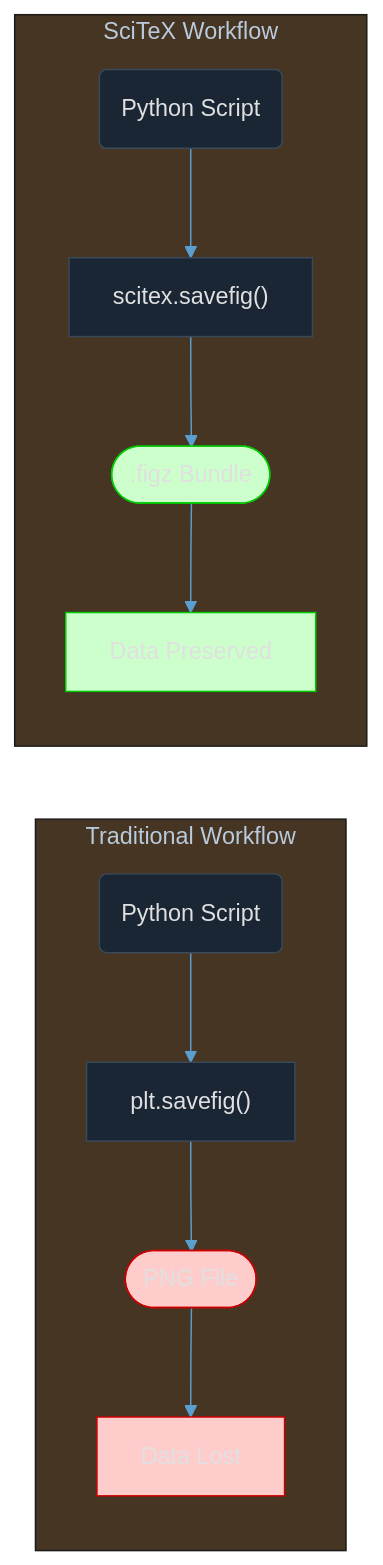
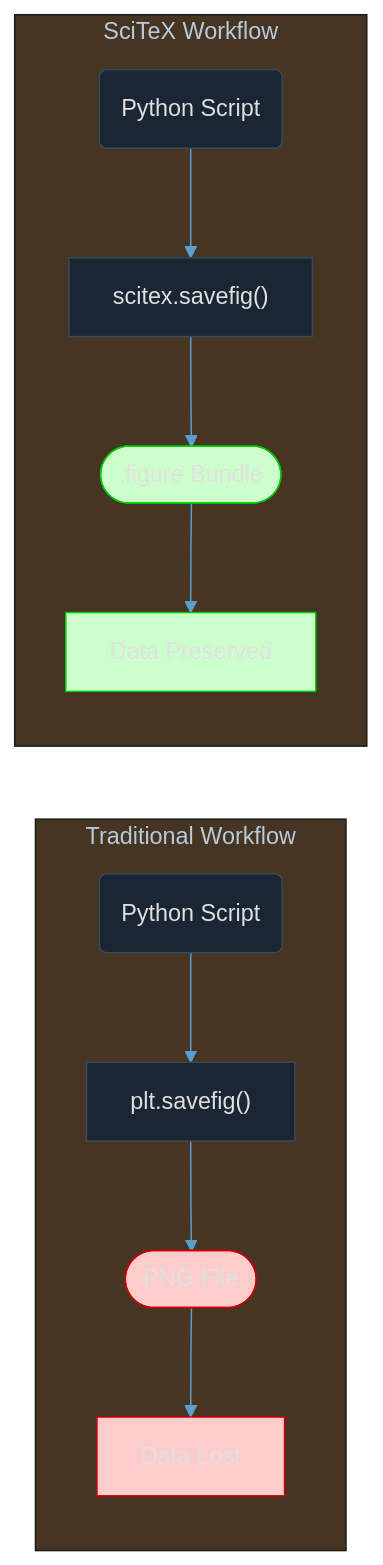
One commit to ywatanabe1989/scitex-python changed the diagram in src/scitex/diagram/.dev/output/comparison.mmd. Above: the diagram before and after it, drawn with Mermaid. The commit also changed 93 other files, not shown here.

```diff
--- a/src/scitex/diagram/.dev/output/comparison.mmd
+++ b/src/scitex/diagram/.dev/output/comparison.mmd
@@ -1,24 +1,24 @@
 %%{init: {"theme": "base", "themeVariables": {"primaryColor": "#1a2634", "primaryTextColor": "#e0e0e0", "primaryBorderColor": "#3a4a5a", "lineColor": "#5a9fcf"}}}%%
 graph LR
     subgraph Traditional_Workflow["Traditional Workflow"]
         a_script("Python Script")
         a_savefig["plt.savefig()"]
         a_png(["PNG File"])
         a_lost["Data Lost"]
     end
     subgraph SciTeX_Workflow["SciTeX Workflow"]
         b_script("Python Script")
         b_savefig["scitex.savefig()"]
-        b_bundle([".figz Bundle"])
+        b_bundle([".figure Bundle"])
         b_preserved["Data Preserved"]
     end
     a_script --> a_savefig
     a_savefig --> a_png
     a_png --> a_lost
     b_script --> b_savefig
     b_savefig --> b_bundle
     b_bundle --> b_preserved
     style a_png fill:#ffcccc,stroke:#cc0000
     style a_lost fill:#ffcccc,stroke:#cc0000
     style b_bundle fill:#ccffcc,stroke:#00cc00
     style b_preserved fill:#ccffcc,stroke:#00cc00
```
